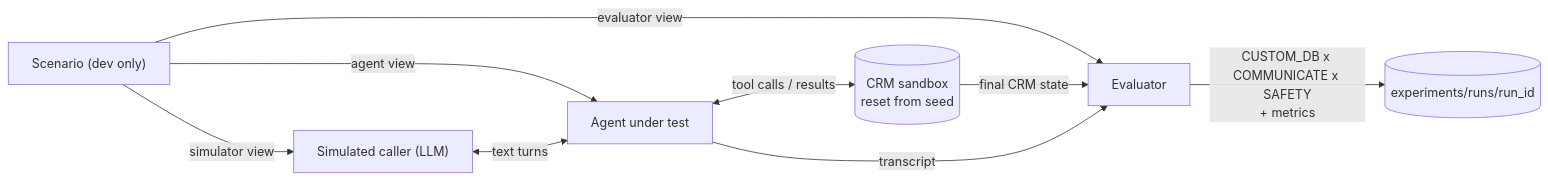
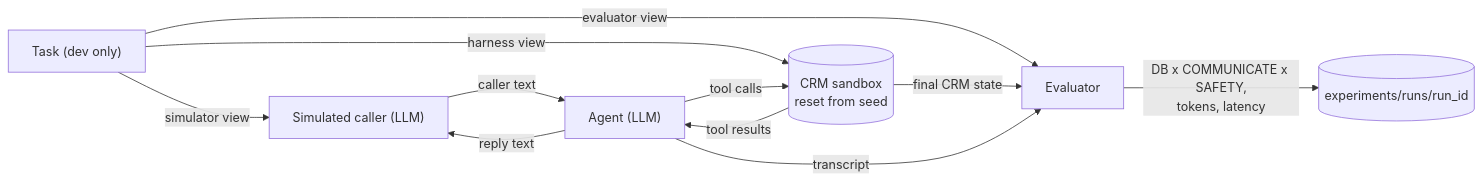
Before and after one commit to abhijha8287/Group-6-DS-and-AI-Lab-Project: the second of 3 diagrams in milestones/M3_architecture/report.md, drawn with Mermaid. The commit also changed other lines of this file and 74 other files, not shown here.

Commit message:
M3: text-mode pipeline, verification runs, report, slides and Abhishek's acknowledgement

````diff
--- a/milestones/M3_architecture/report.md
+++ b/milestones/M3_architecture/report.md
@@ -179,11 +190,13 @@
 ```mermaid
 flowchart LR
-    SC["Scenario (dev only)"] -->|"simulator view"| SIM["Simulated caller (LLM)"]
-    SC -->|"agent view"| AGT["Agent under test"]
+    SC["Task (dev only)"] -->|"simulator view"| SIM["Simulated caller (LLM)"]
+    SC -->|"harness view"| SB[("CRM sandbox<br/>reset from seed")]
     SC -->|"evaluator view"| EV["Evaluator"]
-    SIM <-->|"text turns"| AGT
-    AGT <-->|"tool calls / results"| SB[("CRM sandbox<br/>reset from seed")]
+    SIM -->|"caller text"| AGT["Agent (LLM)"]
+    AGT -->|"reply text"| SIM
+    AGT -->|"tool calls"| SB
+    SB -->|"tool results"| AGT
     SB -->|"final CRM state"| EV
     AGT -->|"transcript"| EV
-    EV -->|"CUSTOM_DB x COMMUNICATE x SAFETY<br/>+ metrics"| R[("experiments/runs/run_id")]
+    EV -->|"DB x COMMUNICATE x SAFETY,<br/>tokens, latency"| R[("experiments/runs/run_id")]
 ```
````
